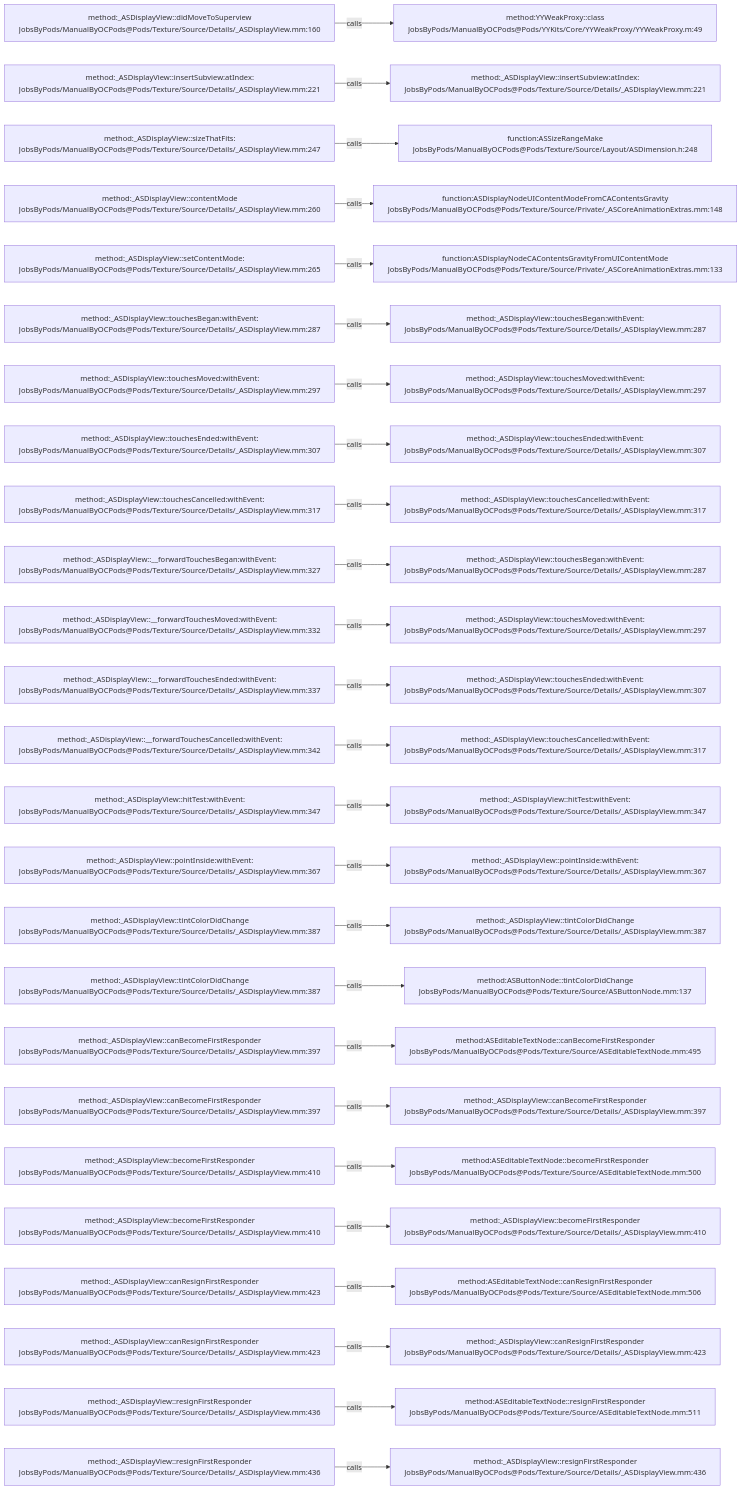
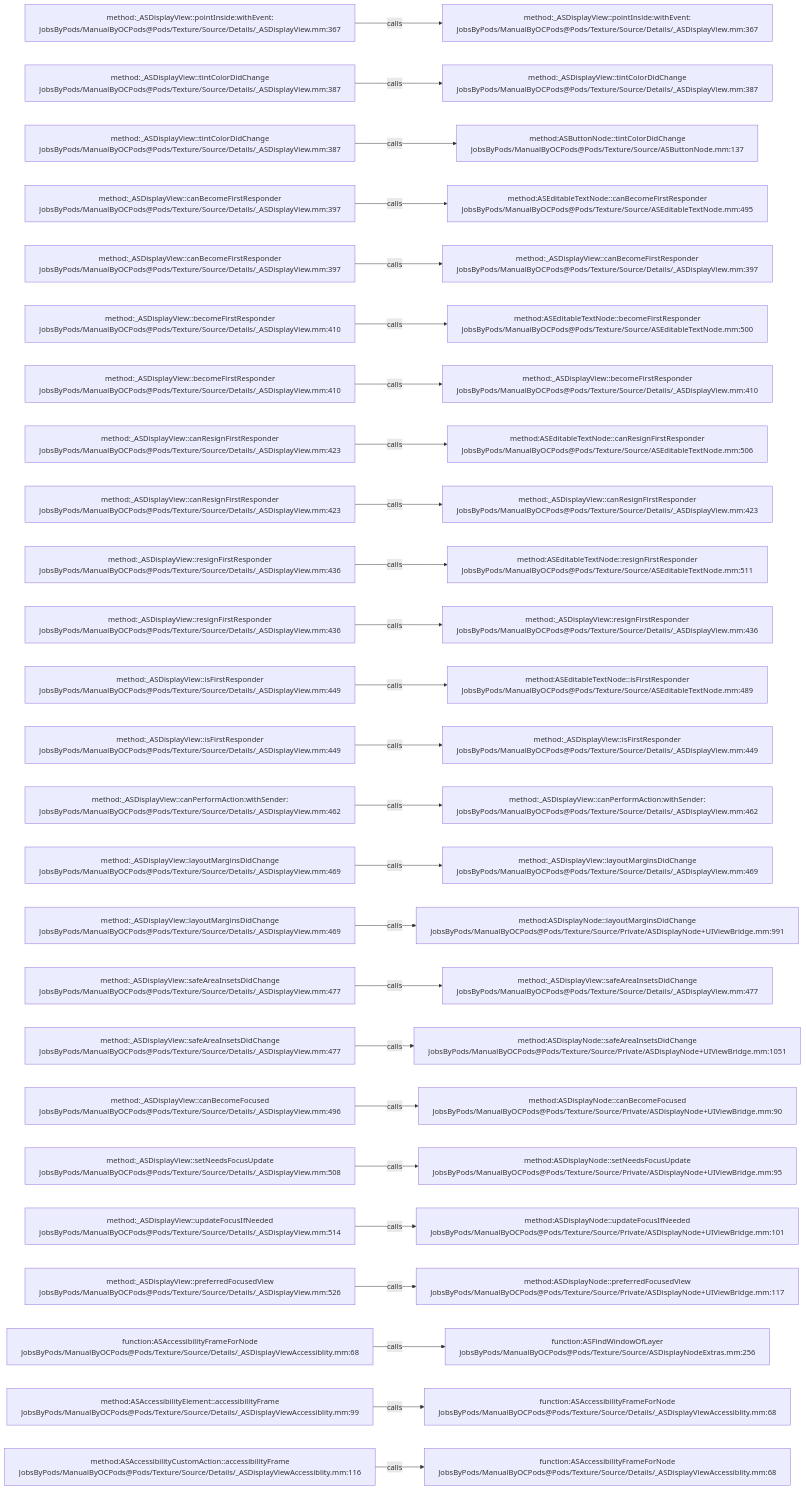
Before and after one commit to JobsKits/JobsOCBaseConfigDemo: the diagram in .codegraph/codegraph.md/graphs/calls-174.md, drawn with Mermaid. The commit also changed 296 other files, not shown here.

````diff
--- a/.codegraph/codegraph.md/graphs/calls-174.md
+++ b/.codegraph/codegraph.md/graphs/calls-174.md
@@ -13,78 +13,78 @@
 ```mermaid
 flowchart LR
-  S1["method:_ASDisplayView::didMoveToSuperview<br/>JobsByPods/ManualByOCPods@Pods/Texture/Source/Details/_ASDisplayView.mm:160"]
-  T1["method:YYWeakProxy::class<br/>JobsByPods/ManualByOCPods@Pods/YYKits/Core/YYWeakProxy/YYWeakProxy.m:49"]
+  S1["method:_ASDisplayView::pointInside:withEvent:<br/>JobsByPods/ManualByOCPods@Pods/Texture/Source/Details/_ASDisplayView.mm:367"]
+  T1["method:_ASDisplayView::pointInside:withEvent:<br/>JobsByPods/ManualByOCPods@Pods/Texture/Source/Details/_ASDisplayView.mm:367"]
   S1 -->|calls| T1
-  S2["method:_ASDisplayView::insertSubview:atIndex:<br/>JobsByPods/ManualByOCPods@Pods/Texture/Source/Details/_ASDisplayView.mm:221"]
-  T2["method:_ASDisplayView::insertSubview:atIndex:<br/>JobsByPods/ManualByOCPods@Pods/Texture/Source/Details/_ASDisplayView.mm:221"]
+  S2["method:_ASDisplayView::tintColorDidChange<br/>JobsByPods/ManualByOCPods@Pods/Texture/Source/Details/_ASDisplayView.mm:387"]
+  T2["method:_ASDisplayView::tintColorDidChange<br/>JobsByPods/ManualByOCPods@Pods/Texture/Source/Details/_ASDisplayView.mm:387"]
   S2 -->|calls| T2
-  S3["method:_ASDisplayView::sizeThatFits:<br/>JobsByPods/ManualByOCPods@Pods/Texture/Source/Details/_ASDisplayView.mm:247"]
-  T3["function:ASSizeRangeMake<br/>JobsByPods/ManualByOCPods@Pods/Texture/Source/Layout/ASDimension.h:248"]
+  S3["method:_ASDisplayView::tintColorDidChange<br/>JobsByPods/ManualByOCPods@Pods/Texture/Source/Details/_ASDisplayView.mm:387"]
+  T3["method:ASButtonNode::tintColorDidChange<br/>JobsByPods/ManualByOCPods@Pods/Texture/Source/ASButtonNode.mm:137"]
   S3 -->|calls| T3
-  S4["method:_ASDisplayView::contentMode<br/>JobsByPods/ManualByOCPods@Pods/Texture/Source/Details/_ASDisplayView.mm:260"]
-  T4["function:ASDisplayNodeUIContentModeFromCAContentsGravity<br/>JobsByPods/ManualByOCPods@Pods/Texture/Source/Private/_ASCoreAnimationExtras.mm:148"]
+  S4["method:_ASDisplayView::canBecomeFirstResponder<br/>JobsByPods/ManualByOCPods@Pods/Texture/Source/Details/_ASDisplayView.mm:397"]
+  T4["method:ASEditableTextNode::canBecomeFirstResponder<br/>JobsByPods/ManualByOCPods@Pods/Texture/Source/ASEditableTextNode.mm:495"]
   S4 -->|calls| T4
-  S5["method:_ASDisplayView::setContentMode:<br/>JobsByPods/ManualByOCPods@Pods/Texture/Source/Details/_ASDisplayView.mm:265"]
-  T5["function:ASDisplayNodeCAContentsGravityFromUIContentMode<br/>JobsByPods/ManualByOCPods@Pods/Texture/Source/Private/_ASCoreAnimationExtras.mm:133"]
+  S5["method:_ASDisplayView::canBecomeFirstResponder<br/>JobsByPods/ManualByOCPods@Pods/Texture/Source/Details/_ASDisplayView.mm:397"]
+  T5["method:_ASDisplayView::canBecomeFirstResponder<br/>JobsByPods/ManualByOCPods@Pods/Texture/Source/Details/_ASDisplayView.mm:397"]
   S5 -->|calls| T5
-  S6["method:_ASDisplayView::touchesBegan:withEvent:<br/>JobsByPods/ManualByOCPods@Pods/Texture/Source/Details/_ASDisplayView.mm:287"]
-  T6["method:_ASDisplayView::touchesBegan:withEvent:<br/>JobsByPods/ManualByOCPods@Pods/Texture/Source/Details/_ASDisplayView.mm:287"]
+  S6["method:_ASDisplayView::becomeFirstResponder<br/>JobsByPods/ManualByOCPods@Pods/Texture/Source/Details/_ASDisplayView.mm:410"]
+  T6["method:ASEditableTextNode::becomeFirstResponder<br/>JobsByPods/ManualByOCPods@Pods/Texture/Source/ASEditableTextNode.mm:500"]
   S6 -->|calls| T6
-  S7["method:_ASDisplayView::touchesMoved:withEvent:<br/>JobsByPods/ManualByOCPods@Pods/Texture/Source/Details/_ASDisplayView.mm:297"]
-  T7["method:_ASDisplayView::touchesMoved:withEvent:<br/>JobsByPods/ManualByOCPods@Pods/Texture/Source/Details/_ASDisplayView.mm:297"]
+  S7["method:_ASDisplayView::becomeFirstResponder<br/>JobsByPods/ManualByOCPods@Pods/Texture/Source/Details/_ASDisplayView.mm:410"]
+  T7["method:_ASDisplayView::becomeFirstResponder<br/>JobsByPods/ManualByOCPods@Pods/Texture/Source/Details/_ASDisplayView.mm:410"]
   S7 -->|calls| T7
-  S8["method:_ASDisplayView::touchesEnded:withEvent:<br/>JobsByPods/ManualByOCPods@Pods/Texture/Source/Details/_ASDisplayView.mm:307"]
-  T8["method:_ASDisplayView::touchesEnded:withEvent:<br/>JobsByPods/ManualByOCPods@Pods/Texture/Source/Details/_ASDisplayView.mm:307"]
+  S8["method:_ASDisplayView::canResignFirstResponder<br/>JobsByPods/ManualByOCPods@Pods/Texture/Source/Details/_ASDisplayView.mm:423"]
+  T8["method:ASEditableTextNode::canResignFirstResponder<br/>JobsByPods/ManualByOCPods@Pods/Texture/Source/ASEditableTextNode.mm:506"]
   S8 -->|calls| T8
-  S9["method:_ASDisplayView::touchesCancelled:withEvent:<br/>JobsByPods/ManualByOCPods@Pods/Texture/Source/Details/_ASDisplayView.mm:317"]
-  T9["method:_ASDisplayView::touchesCancelled:withEvent:<br/>JobsByPods/ManualByOCPods@Pods/Texture/Source/Details/_ASDisplayView.mm:317"]
+  S9["method:_ASDisplayView::canResignFirstResponder<br/>JobsByPods/ManualByOCPods@Pods/Texture/Source/Details/_ASDisplayView.mm:423"]
+  T9["method:_ASDisplayView::canResignFirstResponder<br/>JobsByPods/ManualByOCPods@Pods/Texture/Source/Details/_ASDisplayView.mm:423"]
   S9 -->|calls| T9
-  S10["method:_ASDisplayView::__forwardTouchesBegan:withEvent:<br/>JobsByPods/ManualByOCPods@Pods/Texture/Source/Details/_ASDisplayView.mm:327"]
-  T10["method:_ASDisplayView::touchesBegan:withEvent:<br/>JobsByPods/ManualByOCPods@Pods/Texture/Source/Details/_ASDisplayView.mm:287"]
+  S10["method:_ASDisplayView::resignFirstResponder<br/>JobsByPods/ManualByOCPods@Pods/Texture/Source/Details/_ASDisplayView.mm:436"]
+  T10["method:ASEditableTextNode::resignFirstResponder<br/>JobsByPods/ManualByOCPods@Pods/Texture/Source/ASEditableTextNode.mm:511"]
   S10 -->|calls| T10
-  S11["method:_ASDisplayView::__forwardTouchesMoved:withEvent:<br/>JobsByPods/ManualByOCPods@Pods/Texture/Source/Details/_ASDisplayView.mm:332"]
-  T11["method:_ASDisplayView::touchesMoved:withEvent:<br/>JobsByPods/ManualByOCPods@Pods/Texture/Source/Details/_ASDisplayView.mm:297"]
+  S11["method:_ASDisplayView::resignFirstResponder<br/>JobsByPods/ManualByOCPods@Pods/Texture/Source/Details/_ASDisplayView.mm:436"]
+  T11["method:_ASDisplayView::resignFirstResponder<br/>JobsByPods/ManualByOCPods@Pods/Texture/Source/Details/_ASDisplayView.mm:436"]
   S11 -->|calls| T11
-  S12["method:_ASDisplayView::__forwardTouchesEnded:withEvent:<br/>JobsByPods/ManualByOCPods@Pods/Texture/Source/Details/_ASDisplayView.mm:337"]
-  T12["method:_ASDisplayView::touchesEnded:withEvent:<br/>JobsByPods/ManualByOCPods@Pods/Texture/Source/Details/_ASDisplayView.mm:307"]
+  S12["method:_ASDisplayView::isFirstResponder<br/>JobsByPods/ManualByOCPods@Pods/Texture/Source/Details/_ASDisplayView.mm:449"]
+  T12["method:ASEditableTextNode::isFirstResponder<br/>JobsByPods/ManualByOCPods@Pods/Texture/Source/ASEditableTextNode.mm:489"]
   S12 -->|calls| T12
-  S13["method:_ASDisplayView::__forwardTouchesCancelled:withEvent:<br/>JobsByPods/ManualByOCPods@Pods/Texture/Source/Details/_ASDisplayView.mm:342"]
-  T13["method:_ASDisplayView::touchesCancelled:withEvent:<br/>JobsByPods/ManualByOCPods@Pods/Texture/Source/Details/_ASDisplayView.mm:317"]
+  S13["method:_ASDisplayView::isFirstResponder<br/>JobsByPods/ManualByOCPods@Pods/Texture/Source/Details/_ASDisplayView.mm:449"]
+  T13["method:_ASDisplayView::isFirstResponder<br/>JobsByPods/ManualByOCPods@Pods/Texture/Source/Details/_ASDisplayView.mm:449"]
   S13 -->|calls| T13
-  S14["method:_ASDisplayView::hitTest:withEvent:<br/>JobsByPods/ManualByOCPods@Pods/Texture/Source/Details/_ASDisplayView.mm:347"]
-  T14["method:_ASDisplayView::hitTest:withEvent:<br/>JobsByPods/ManualByOCPods@Pods/Texture/Source/Details/_ASDisplayView.mm:347"]
+  S14["method:_ASDisplayView::canPerformAction:withSender:<br/>JobsByPods/ManualByOCPods@Pods/Texture/Source/Details/_ASDisplayView.mm:462"]
+  T14["method:_ASDisplayView::canPerformAction:withSender:<br/>JobsByPods/ManualByOCPods@Pods/Texture/Source/Details/_ASDisplayView.mm:462"]
   S14 -->|calls| T14
-  S15["method:_ASDisplayView::pointInside:withEvent:<br/>JobsByPods/ManualByOCPods@Pods/Texture/Source/Details/_ASDisplayView.mm:367"]
-  T15["method:_ASDisplayView::pointInside:withEvent:<br/>JobsByPods/ManualByOCPods@Pods/Texture/Source/Details/_ASDisplayView.mm:367"]
+  S15["method:_ASDisplayView::layoutMarginsDidChange<br/>JobsByPods/ManualByOCPods@Pods/Texture/Source/Details/_ASDisplayView.mm:469"]
+  T15["method:_ASDisplayView::layoutMarginsDidChange<br/>JobsByPods/ManualByOCPods@Pods/Texture/Source/Details/_ASDisplayView.mm:469"]
   S15 -->|calls| T15
-  S16["method:_ASDisplayView::tintColorDidChange<br/>JobsByPods/ManualByOCPods@Pods/Texture/Source/Details/_ASDisplayView.mm:387"]
-  T16["method:_ASDisplayView::tintColorDidChange<br/>JobsByPods/ManualByOCPods@Pods/Texture/Source/Details/_ASDisplayView.mm:387"]
+  S16["method:_ASDisplayView::layoutMarginsDidChange<br/>JobsByPods/ManualByOCPods@Pods/Texture/Source/Details/_ASDisplayView.mm:469"]
+  T16["method:ASDisplayNode::layoutMarginsDidChange<br/>JobsByPods/ManualByOCPods@Pods/Texture/Source/Private/ASDisplayNode+UIViewBridge.mm:991"]
   S16 -->|calls| T16
-  S17["method:_ASDisplayView::tintColorDidChange<br/>JobsByPods/ManualByOCPods@Pods/Texture/Source/Details/_ASDisplayView.mm:387"]
-  T17["method:ASButtonNode::tintColorDidChange<br/>JobsByPods/ManualByOCPods@Pods/Texture/Source/ASButtonNode.mm:137"]
+  S17["method:_ASDisplayView::safeAreaInsetsDidChange<br/>JobsByPods/ManualByOCPods@Pods/Texture/Source/Details/_ASDisplayView.mm:477"]
+  T17["method:_ASDisplayView::safeAreaInsetsDidChange<br/>JobsByPods/ManualByOCPods@Pods/Texture/Source/Details/_ASDisplayView.mm:477"]
   S17 -->|calls| T17
-  S18["method:_ASDisplayView::canBecomeFirstResponder<br/>JobsByPods/ManualByOCPods@Pods/Texture/Source/Details/_ASDisplayView.mm:397"]
-  T18["method:ASEditableTextNode::canBecomeFirstResponder<br/>JobsByPods/ManualByOCPods@Pods/Texture/Source/ASEditableTextNode.mm:495"]
+  S18["method:_ASDisplayView::safeAreaInsetsDidChange<br/>JobsByPods/ManualByOCPods@Pods/Texture/Source/Details/_ASDisplayView.mm:477"]
+  T18["method:ASDisplayNode::safeAreaInsetsDidChange<br/>JobsByPods/ManualByOCPods@Pods/Texture/Source/Private/ASDisplayNode+UIViewBridge.mm:1051"]
   S18 -->|calls| T18
-  S19["method:_ASDisplayView::canBecomeFirstResponder<br/>JobsByPods/ManualByOCPods@Pods/Texture/Source/Details/_ASDisplayView.mm:397"]
-  T19["method:_ASDisplayView::canBecomeFirstResponder<br/>JobsByPods/ManualByOCPods@Pods/Texture/Source/Details/_ASDisplayView.mm:397"]
+  S19["method:_ASDisplayView::canBecomeFocused<br/>JobsByPods/ManualByOCPods@Pods/Texture/Source/Details/_ASDisplayView.mm:496"]
+  T19["method:ASDisplayNode::canBecomeFocused<br/>JobsByPods/ManualByOCPods@Pods/Texture/Source/Private/ASDisplayNode+UIViewBridge.mm:90"]
   S19 -->|calls| T19
-  S20["method:_ASDisplayView::becomeFirstResponder<br/>JobsByPods/ManualByOCPods@Pods/Texture/Source/Details/_ASDisplayView.mm:410"]
-  T20["method:ASEditableTextNode::becomeFirstResponder<br/>JobsByPods/ManualByOCPods@Pods/Texture/Source/ASEditableTextNode.mm:500"]
+  S20["method:_ASDisplayView::setNeedsFocusUpdate<br/>JobsByPods/ManualByOCPods@Pods/Texture/Source/Details/_ASDisplayView.mm:508"]
+  T20["method:ASDisplayNode::setNeedsFocusUpdate<br/>JobsByPods/ManualByOCPods@Pods/Texture/Source/Private/ASDisplayNode+UIViewBridge.mm:95"]
   S20 -->|calls| T20
-  S21["method:_ASDisplayView::becomeFirstResponder<br/>JobsByPods/ManualByOCPods@Pods/Texture/Source/Details/_ASDisplayView.mm:410"]
-  T21["method:_ASDisplayView::becomeFirstResponder<br/>JobsByPods/ManualByOCPods@Pods/Texture/Source/Details/_ASDisplayView.mm:410"]
+  S21["method:_ASDisplayView::updateFocusIfNeeded<br/>JobsByPods/ManualByOCPods@Pods/Texture/Source/Details/_ASDisplayView.mm:514"]
+  T21["method:ASDisplayNode::updateFocusIfNeeded<br/>JobsByPods/ManualByOCPods@Pods/Texture/Source/Private/ASDisplayNode+UIViewBridge.mm:101"]
   S21 -->|calls| T21
-  S22["method:_ASDisplayView::canResignFirstResponder<br/>JobsByPods/ManualByOCPods@Pods/Texture/Source/Details/_ASDisplayView.mm:423"]
-  T22["method:ASEditableTextNode::canResignFirstResponder<br/>JobsByPods/ManualByOCPods@Pods/Texture/Source/ASEditableTextNode.mm:506"]
+  S22["method:_ASDisplayView::preferredFocusedView<br/>JobsByPods/ManualByOCPods@Pods/Texture/Source/Details/_ASDisplayView.mm:526"]
+  T22["method:ASDisplayNode::preferredFocusedView<br/>JobsByPods/ManualByOCPods@Pods/Texture/Source/Private/ASDisplayNode+UIViewBridge.mm:117"]
   S22 -->|calls| T22
-  S23["method:_ASDisplayView::canResignFirstResponder<br/>JobsByPods/ManualByOCPods@Pods/Texture/Source/Details/_ASDisplayView.mm:423"]
-  T23["method:_ASDisplayView::canResignFirstResponder<br/>JobsByPods/ManualByOCPods@Pods/Texture/Source/Details/_ASDisplayView.mm:423"]
+  S23["function:ASAccessibilityFrameForNode<br/>JobsByPods/ManualByOCPods@Pods/Texture/Source/Details/_ASDisplayViewAccessiblity.mm:68"]
+  T23["function:ASFindWindowOfLayer<br/>JobsByPods/ManualByOCPods@Pods/Texture/Source/ASDisplayNodeExtras.mm:256"]
   S23 -->|calls| T23
-  S24["method:_ASDisplayView::resignFirstResponder<br/>JobsByPods/ManualByOCPods@Pods/Texture/Source/Details/_ASDisplayView.mm:436"]
-  T24["method:ASEditableTextNode::resignFirstResponder<br/>JobsByPods/ManualByOCPods@Pods/Texture/Source/ASEditableTextNode.mm:511"]
+  S24["method:ASAccessibilityElement::accessibilityFrame<br/>JobsByPods/ManualByOCPods@Pods/Texture/Source/Details/_ASDisplayViewAccessiblity.mm:99"]
+  T24["function:ASAccessibilityFrameForNode<br/>JobsByPods/ManualByOCPods@Pods/Texture/Source/Details/_ASDisplayViewAccessiblity.mm:68"]
   S24 -->|calls| T24
-  S25["method:_ASDisplayView::resignFirstResponder<br/>JobsByPods/ManualByOCPods@Pods/Texture/Source/Details/_ASDisplayView.mm:436"]
-  T25["method:_ASDisplayView::resignFirstResponder<br/>JobsByPods/ManualByOCPods@Pods/Texture/Source/Details/_ASDisplayView.mm:436"]
+  S25["method:ASAccessibilityCustomAction::accessibilityFrame<br/>JobsByPods/ManualByOCPods@Pods/Texture/Source/Details/_ASDisplayViewAccessiblity.mm:116"]
+  T25["function:ASAccessibilityFrameForNode<br/>JobsByPods/ManualByOCPods@Pods/Texture/Source/Details/_ASDisplayViewAccessiblity.mm:68"]
   S25 -->|calls| T25
 ```
````
